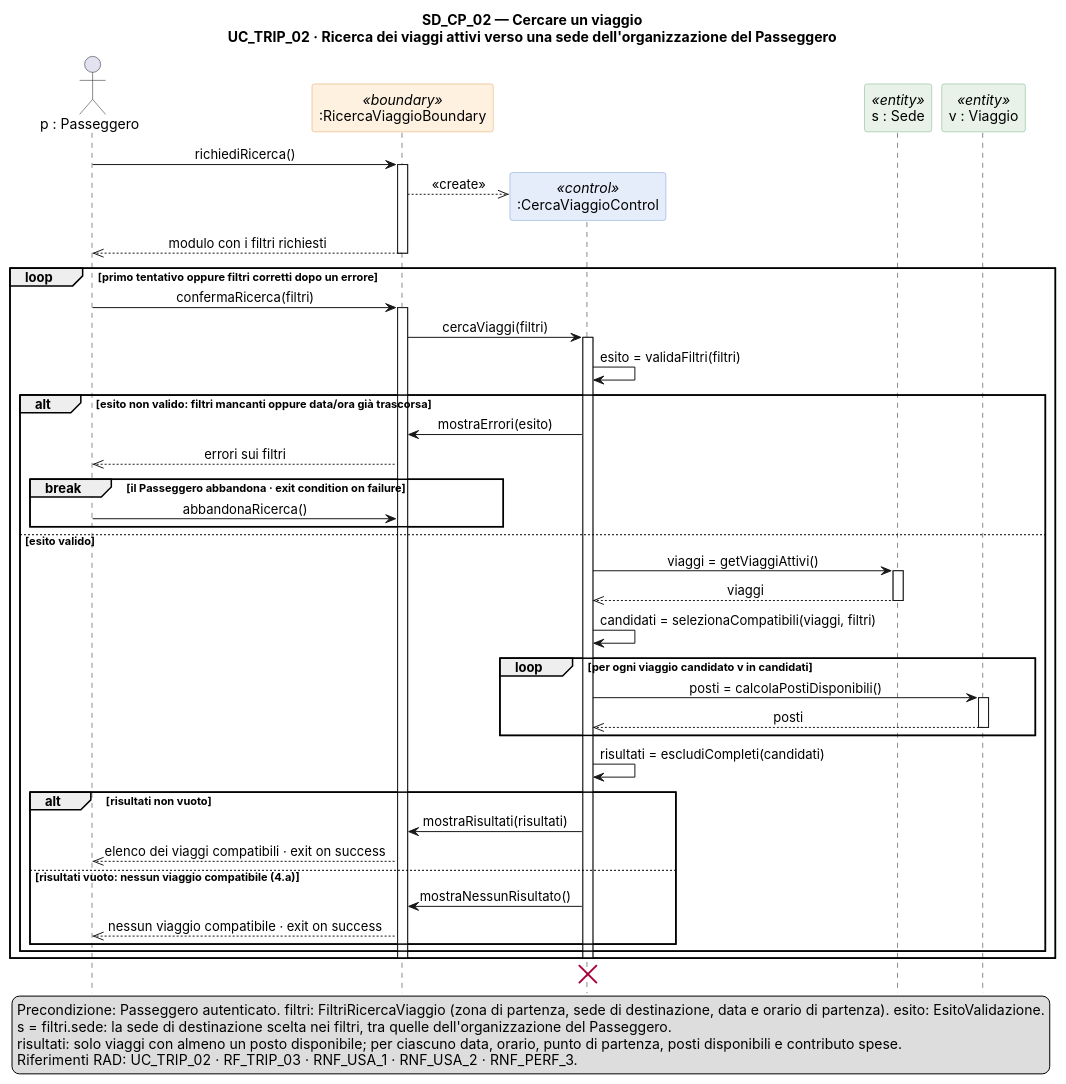
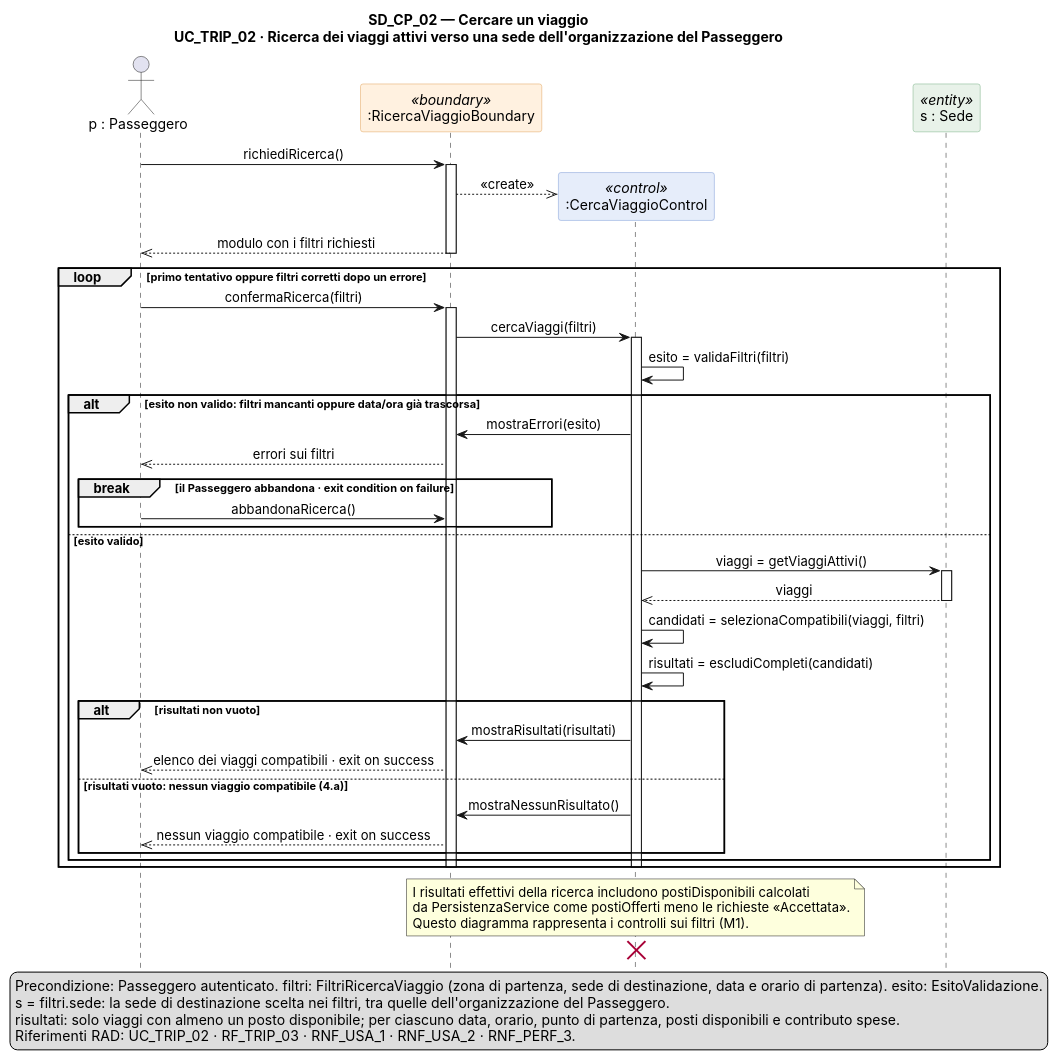
Before and after one commit to CarPool-C03/CarPool: the diagram in docs/modelli/SD_CP_02_Cercare_viaggio.puml, drawn with PlantUML. The commit also changed 25 other files, not shown here.

```diff
--- a/docs/modelli/SD_CP_02_Cercare_viaggio.puml
+++ b/docs/modelli/SD_CP_02_Cercare_viaggio.puml
@@ -1,75 +1,73 @@
 @startuml SD_CP_02
 ' SD_CP_02 — Sequence Diagram di UC_TRIP_02: Cercare un viaggio
 ' Autori: Roberto Rega, Michele Vitiello
 skinparam shadowing false
 skinparam defaultFontName Inter
 skinparam sequenceMessageAlign center
 skinparam participant {
   BackgroundColor<<boundary>> #FFF1E0
   BorderColor<<boundary>> #E0A35A
   BackgroundColor<<control>> #E6EDFA
   BorderColor<<control>> #7D9BD6
   BackgroundColor<<entity>> #E8F2E9
   BorderColor<<entity>> #79B184
 }
 hide footbox
 title SD_CP_02 — Cercare un viaggio\nUC_TRIP_02 · Ricerca dei viaggi attivi verso una sede dell'organizzazione del Passeggero
 
 actor "p : Passeggero" as P
 participant ":RicercaViaggioBoundary" as B <<boundary>>
 participant ":CercaViaggioControl" as C <<control>>
 participant "s : Sede" as S <<entity>>
-participant "v : Viaggio" as VG <<entity>>
 
 P -> B : richiediRicerca()
 activate B
 create C
 B -->> C : <<create>>
 B -->> P : modulo con i filtri richiesti
 deactivate B
 
 loop primo tentativo oppure filtri corretti dopo un errore
   P -> B : confermaRicerca(filtri)
   activate B
   B -> C : cercaViaggi(filtri)
   activate C
   C -> C : esito = validaFiltri(filtri)
   alt esito non valido: filtri mancanti oppure data/ora già trascorsa
     C -> B : mostraErrori(esito)
     B -->> P : errori sui filtri
     break il Passeggero abbandona · exit condition on failure
       P -> B : abbandonaRicerca()
     end
   else esito valido
     C -> S : viaggi = getViaggiAttivi()
     activate S
     S -->> C : viaggi
     deactivate S
     C -> C : candidati = selezionaCompatibili(viaggi, filtri)
-    loop per ogni viaggio candidato v in candidati
-      C -> VG : posti = calcolaPostiDisponibili()
-      activate VG
-      VG -->> C : posti
-      deactivate VG
-    end
     C -> C : risultati = escludiCompleti(candidati)
     alt risultati non vuoto
       C -> B : mostraRisultati(risultati)
       B -->> P : elenco dei viaggi compatibili · exit on success
     else risultati vuoto: nessun viaggio compatibile (4.a)
       C -> B : mostraNessunRisultato()
       B -->> P : nessun viaggio compatibile · exit on success
     end
   end
   deactivate C
   deactivate B
 end
+note over C
+  I risultati effettivi della ricerca includono postiDisponibili calcolati
+  da PersistenzaService come postiOfferti meno le richieste «Accettata».
+  Questo diagramma rappresenta i controlli sui filtri (M1).
+end note
 destroy C
 
 legend bottom left
   Precondizione: Passeggero autenticato. filtri: FiltriRicercaViaggio (zona di partenza, sede di destinazione, data e orario di partenza). esito: EsitoValidazione.
   s = filtri.sede: la sede di destinazione scelta nei filtri, tra quelle dell'organizzazione del Passeggero.
   risultati: solo viaggi con almeno un posto disponibile; per ciascuno data, orario, punto di partenza, posti disponibili e contributo spese.
   Riferimenti RAD: UC_TRIP_02 · RF_TRIP_03 · RNF_USA_1 · RNF_USA_2 · RNF_PERF_3.
 endlegend
 @enduml
```
